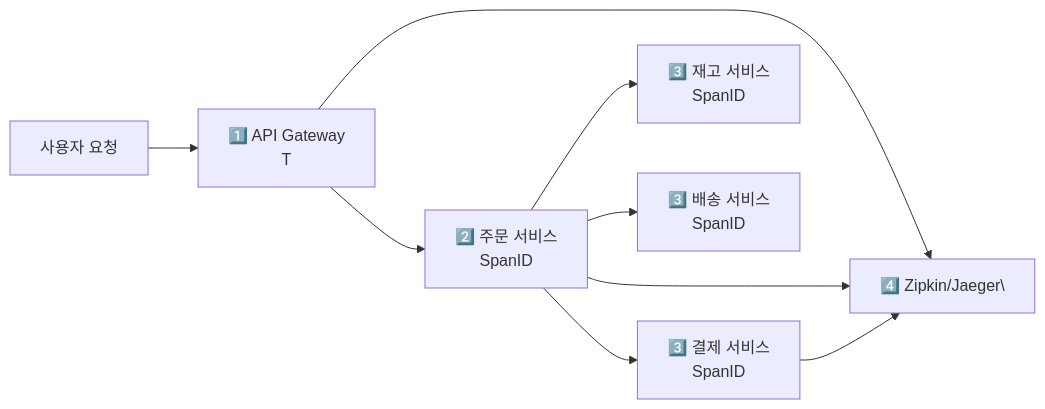
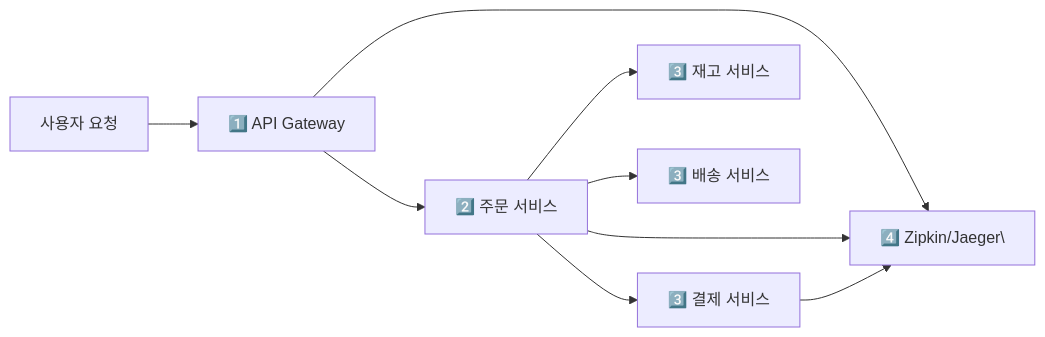
Diagram 12 of 15 in _posts/architecture/2026-05-02-msa-deep.md (yjkim2015/yjkim2015.github.io), drawn with Mermaid before and after one commit. The commit also changed other lines of this file and 217 other files, not shown here.

First line of the commit message:
Mermaid 크기 수정: useMaxWidth:true + SVG max-width:100% + 라벨 축소

````diff
--- a/_posts/architecture/2026-05-02-msa-deep.md
+++ b/_posts/architecture/2026-05-02-msa-deep.md
@@ -404,11 +404,11 @@
 ```mermaid
 graph LR
-    Request["사용자 요청"] --> AG["1️⃣ API Gateway\nT"]
-    AG --> OS["2️⃣ 주문 서비스\nSpanID"]
-    OS --> PS["3️⃣ 결제 서비스\nSpanID"]
-    OS --> IS["3️⃣ 재고 서비스\nSpanID"]
-    OS --> DS["3️⃣ 배송 서비스\nSpanID"]
+    Request["사용자 요청"] --> AG["1️⃣ API Gateway"]
+    AG --> OS["2️⃣ 주문 서비스"]
+    OS --> PS["3️⃣ 결제 서비스"]
+    OS --> IS["3️⃣ 재고 서비스"]
+    OS --> DS["3️⃣ 배송 서비스"]
     AG --> Zipkin["4️⃣ Zipkin/Jaeger\"]
     OS --> Zipkin
     PS --> Zipkin
 ```
````
